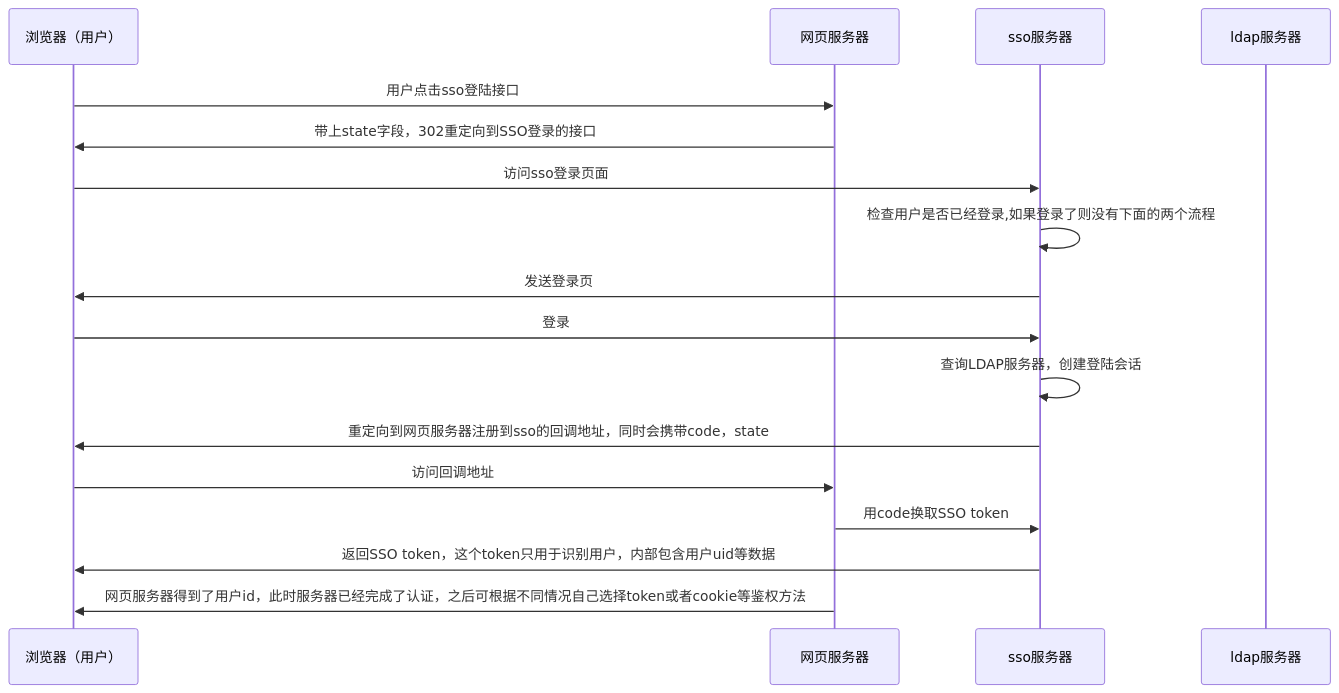
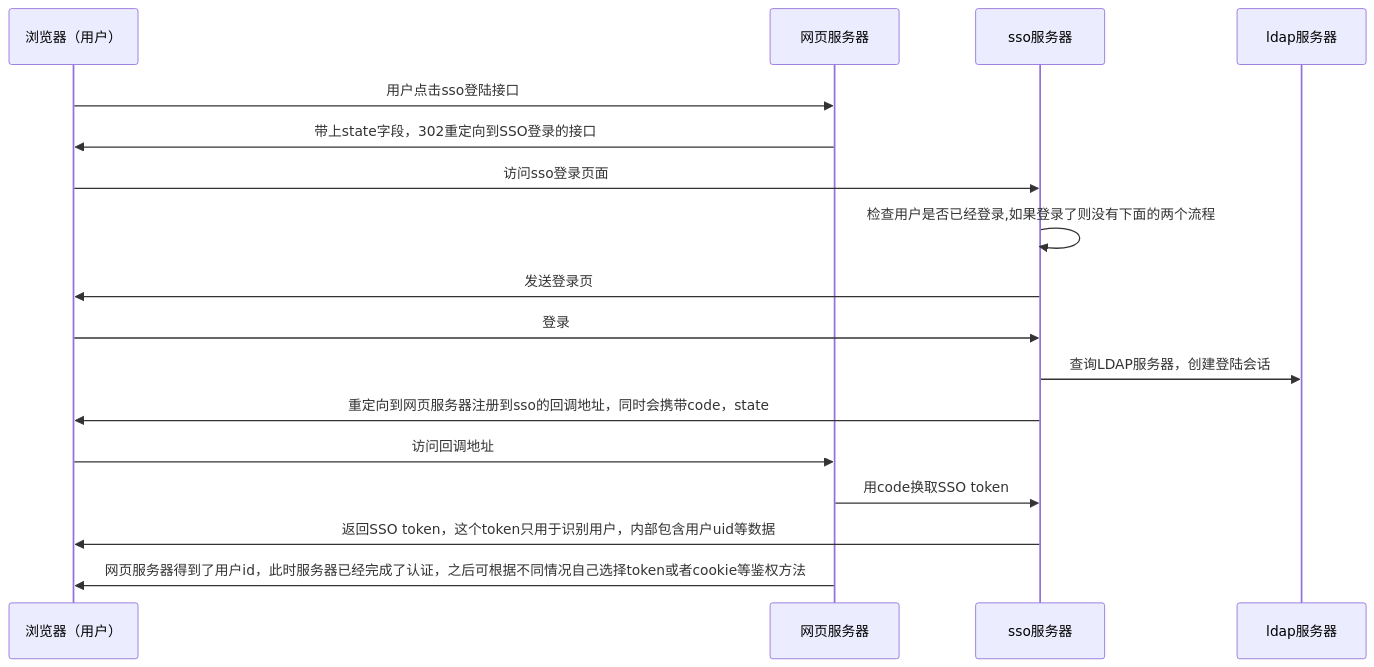
One commit to nanliujing666/myblog changed the diagram in content/post/sso_and_ldap.md. Above: the diagram before and after it, drawn with Mermaid. The commit also changed other lines of this file and 1 other file, not shown here.

````diff
--- a/content/post/sso_and_ldap.md
+++ b/content/post/sso_and_ldap.md
@@ -26,28 +27,28 @@
 ```mermaid
   sequenceDiagram
   participant 浏览器（用户）
   participant 网页服务器
   participant sso服务器
   participant ldap服务器
   浏览器（用户）->>网页服务器:用户点击sso登陆接口
   网页服务器->>浏览器（用户）:带上state字段，302重定向到SSO登录的接口
   浏览器（用户）->>sso服务器:访问sso登录页面
   sso服务器->>sso服务器:检查用户是否已经登录,如果登录了则没有下面的两个流程
   sso服务器->>浏览器（用户）:发送登录页
   浏览器（用户）->>sso服务器:登录
-  sso服务器->>sso服务器:查询LDAP服务器，创建登陆会话
+  sso服务器->>ldap服务器:查询LDAP服务器，创建登陆会话
   sso服务器->>浏览器（用户）:重定向到网页服务器注册到sso的回调地址，同时会携带code，state
   浏览器（用户）->>网页服务器:访问回调地址
   网页服务器->>sso服务器:用code换取SSO token
   sso服务器->>浏览器（用户）:返回SSO token，这个token只用于识别用户，内部包含用户uid等数据
   网页服务器->>浏览器（用户）:网页服务器得到了用户id，此时服务器已经完成了认证，之后可根据不同情况自己选择token或者cookie等鉴权方法
   
 
 
 
 
 
 
 
 
 ```
````
